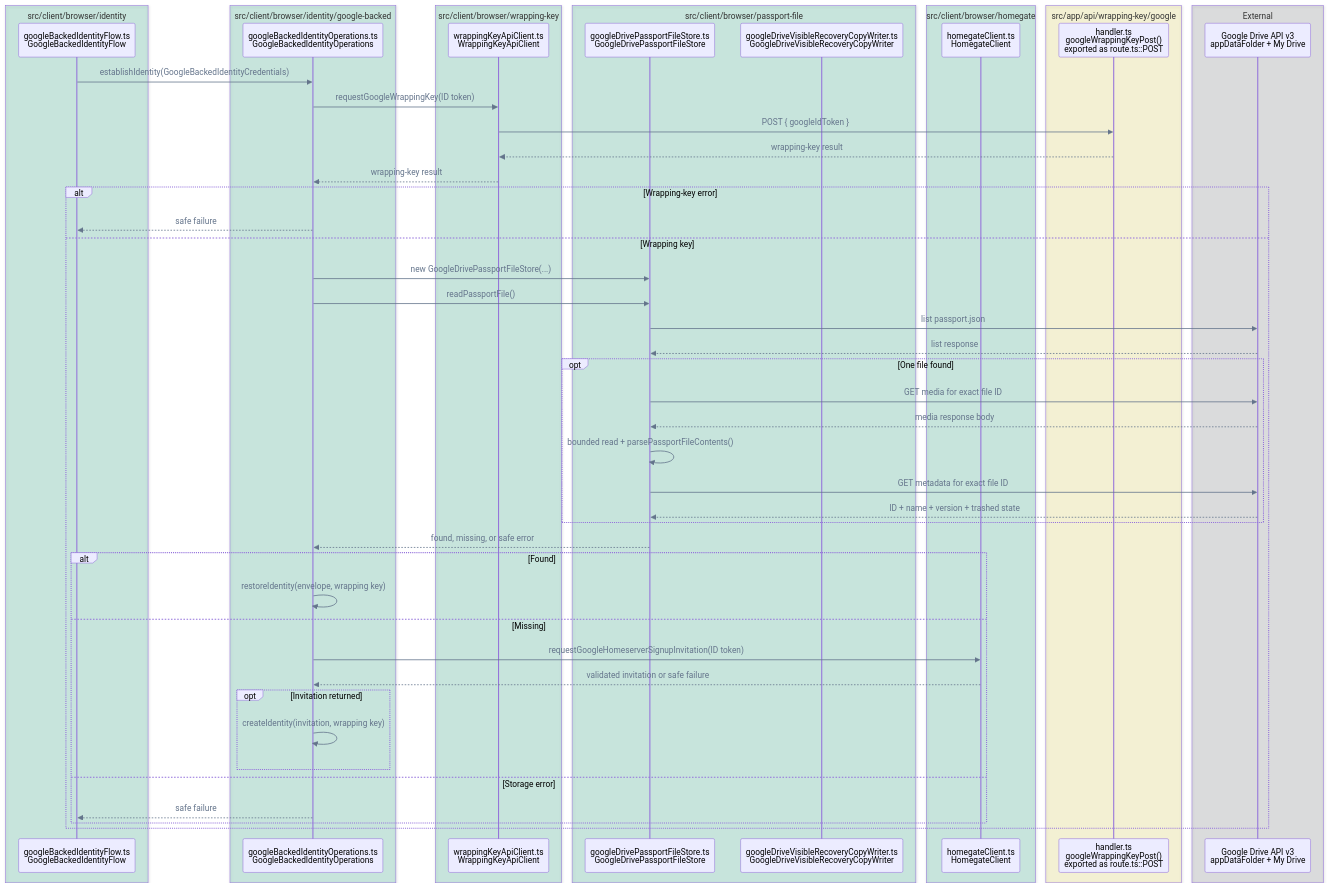
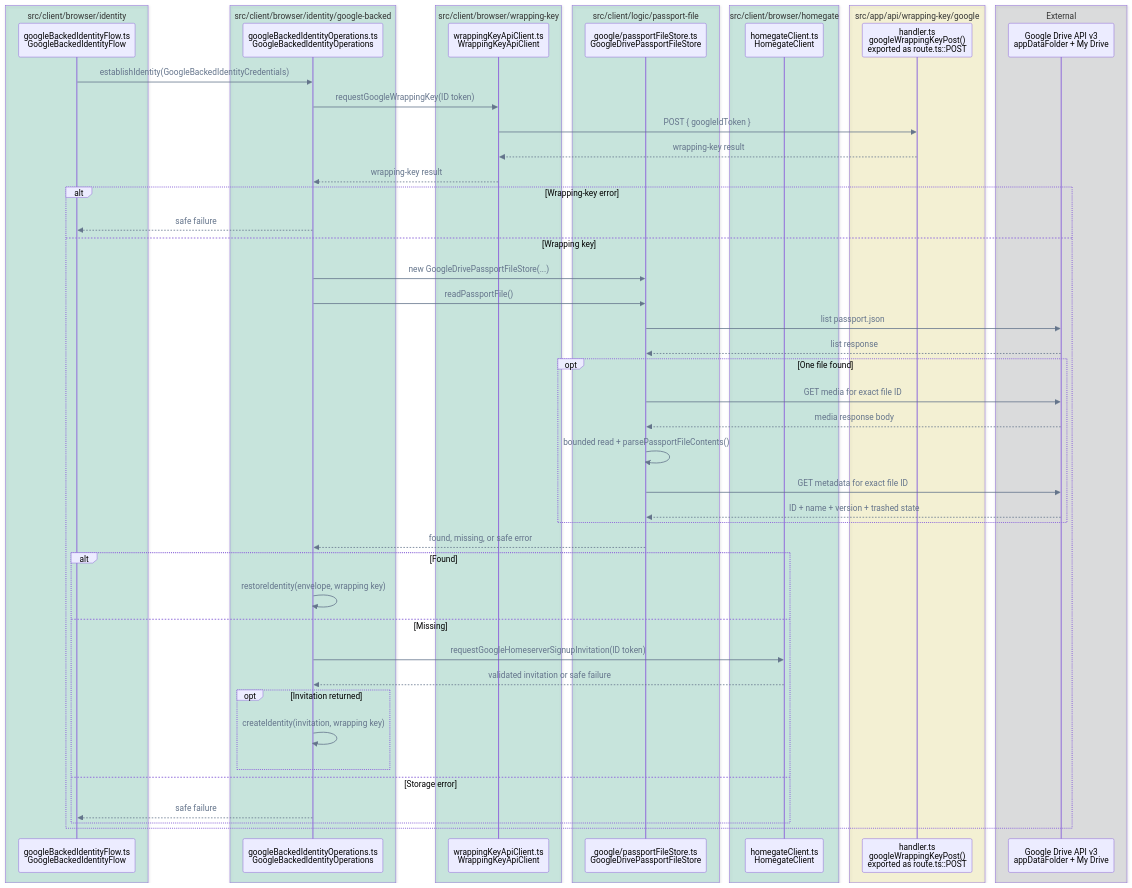
Before and after one commit to pubky/pubky-passport: the eighth of 14 diagrams in FLOWS.md, drawn with Mermaid. The commit also changed other lines of this file and 18 other files, not shown here.

````diff
--- a/FLOWS.md
+++ b/FLOWS.md
@@ -340,61 +340,60 @@
 ```mermaid
 %%{init: {"themeVariables": {"signalColor": "#64748B", "signalTextColor": "#64748B"}}}%%
 sequenceDiagram
     accTitle: Google-backed custody/recovery establishment call flow
     accDescr: GoogleBackedIdentityOperations requests a wrapping key, reads the Google Drive Passport file, and dispatches a found file to restore or requests a Homegate invitation before creating a missing identity, without passing the wrapping key to Drive storage.
     box rgba(0, 158, 115, 0.18) src/client/browser/identity
         participant GoogleFlow as googleBackedIdentityFlow.ts<br/>GoogleBackedIdentityFlow
     end
     box rgba(0, 158, 115, 0.18) src/client/browser/identity/google-backed
         participant Operations as googleBackedIdentityOperations.ts<br/>GoogleBackedIdentityOperations
     end
     box rgba(0, 158, 115, 0.18) src/client/browser/wrapping-key
         participant Wrapping as wrappingKeyApiClient.ts<br/>WrappingKeyApiClient
     end
-    box rgba(0, 158, 115, 0.18) src/client/browser/passport-file
-        participant DriveStore as googleDrivePassportFileStore.ts<br/>GoogleDrivePassportFileStore
-        participant VisibleWriter as googleDriveVisibleRecoveryCopyWriter.ts<br/>GoogleDriveVisibleRecoveryCopyWriter
+    box rgba(0, 158, 115, 0.18) src/client/logic/passport-file
+        participant DriveStore as google/passportFileStore.ts<br/>GoogleDrivePassportFileStore
     end
     box rgba(0, 158, 115, 0.18) src/client/browser/homegate
         participant Invite as homegateClient.ts<br/>HomegateClient
     end
     box rgba(240, 228, 66, 0.18) src/app/api/wrapping-key/google
         participant API as handler.ts<br/>googleWrappingKeyPost()<br/>exported as route.ts::POST
     end
     box rgba(17, 24, 39, 0.12) External
         participant Drive as Google Drive API v3<br/>appDataFolder + My Drive
     end
 
     GoogleFlow->>Operations: establishIdentity(GoogleBackedIdentityCredentials)
     Operations->>Wrapping: requestGoogleWrappingKey(ID token)
     Wrapping->>API: POST { googleIdToken }
     API-->>Wrapping: wrapping-key result
     Wrapping-->>Operations: wrapping-key result
     alt Wrapping-key error
         Operations-->>GoogleFlow: safe failure
     else Wrapping key
         Operations->>DriveStore: new GoogleDrivePassportFileStore(...)
         Operations->>DriveStore: readPassportFile()
         DriveStore->>Drive: list passport.json
         Drive-->>DriveStore: list response
         opt One file found
             DriveStore->>Drive: GET media for exact file ID
             Drive-->>DriveStore: media response body
             DriveStore->>DriveStore: bounded read + parsePassportFileContents()
             DriveStore->>Drive: GET metadata for exact file ID
             Drive-->>DriveStore: ID + name + version + trashed state
         end
         DriveStore-->>Operations: found, missing, or safe error
         alt Found
             Operations->>Operations: restoreIdentity(envelope, wrapping key)
         else Missing
             Operations->>Invite: requestGoogleHomeserverSignupInvitation(ID token)
             Invite-->>Operations: validated invitation or safe failure
             opt Invitation returned
                 Operations->>Operations: createIdentity(invitation, wrapping key)
             end
         else Storage error
             Operations-->>GoogleFlow: safe failure
         end
     end
 ```
````
